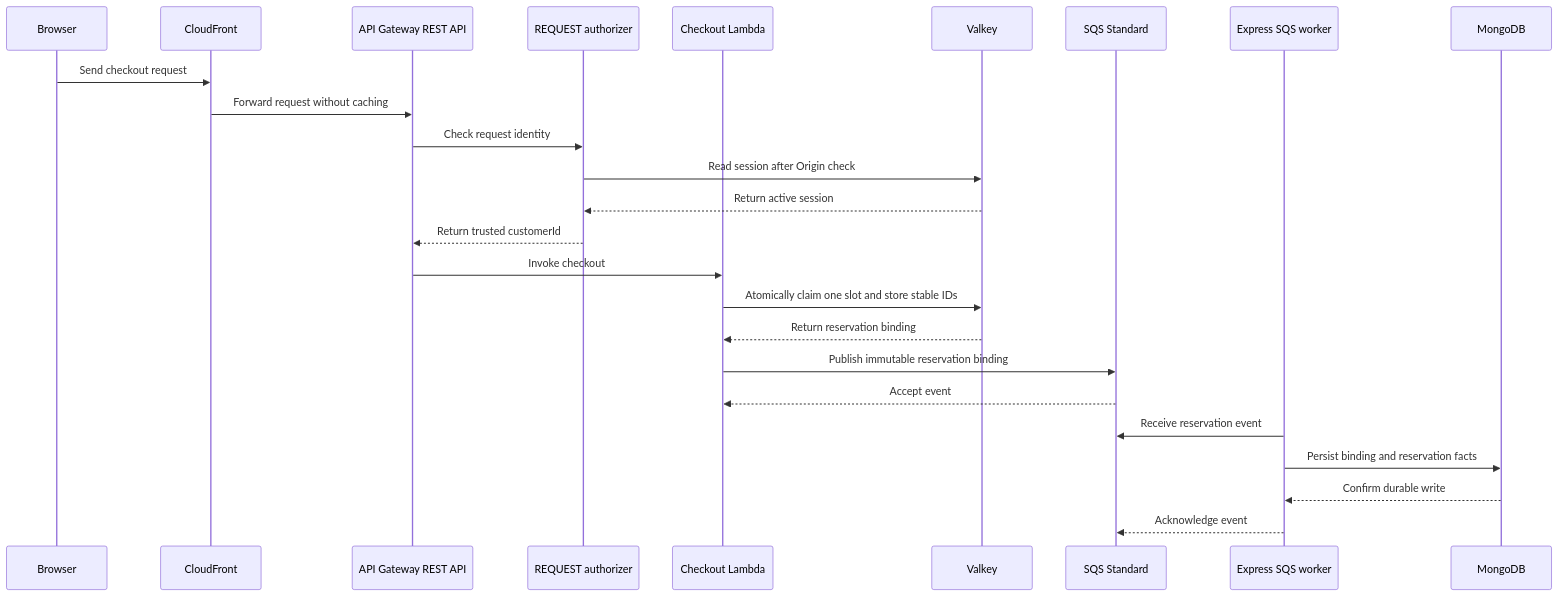
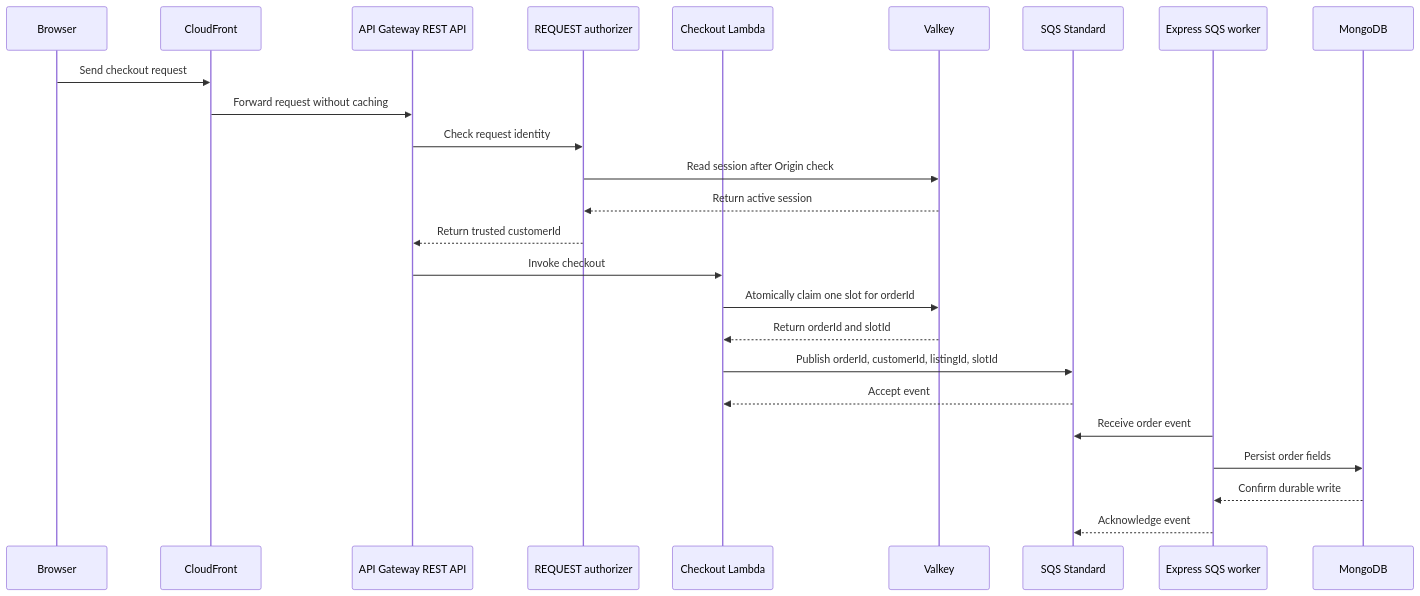
Before and after one commit to rantingmong/bookipi-test: the diagram in docs/system-design.md, drawn with Mermaid. The commit also changed other lines of this file and 47 other files, not shown here.

Commit message:
feat(sale/models): add listing and order foundations (#3)

````diff
--- a/docs/system-design.md
+++ b/docs/system-design.md
@@ -9,27 +9,27 @@
 ```mermaid
 sequenceDiagram
     participant B as Browser
     participant F as CloudFront
     participant A as API Gateway REST API
     participant H as REQUEST authorizer
     participant L as Checkout Lambda
     participant V as Valkey
     participant Q as SQS Standard
     participant W as Express SQS worker
     participant M as MongoDB
     B->>F: Send checkout request
     F->>A: Forward request without caching
     A->>H: Check request identity
     H->>V: Read session after Origin check
     V-->>H: Return active session
     H-->>A: Return trusted customerId
     A->>L: Invoke checkout
-    L->>V: Atomically claim one slot and store stable IDs
-    V-->>L: Return reservation binding
-    L->>Q: Publish immutable reservation binding
+    L->>V: Atomically claim one slot for orderId
+    V-->>L: Return orderId and slotId
+    L->>Q: Publish orderId, customerId, listingId, slotId
     Q-->>L: Accept event
-    W->>Q: Receive reservation event
-    W->>M: Persist binding and reservation facts
+    W->>Q: Receive order event
+    W->>M: Persist order fields
     M-->>W: Confirm durable write
     W-->>Q: Acknowledge event
 ```
````
